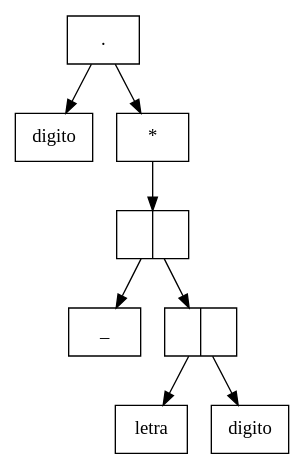
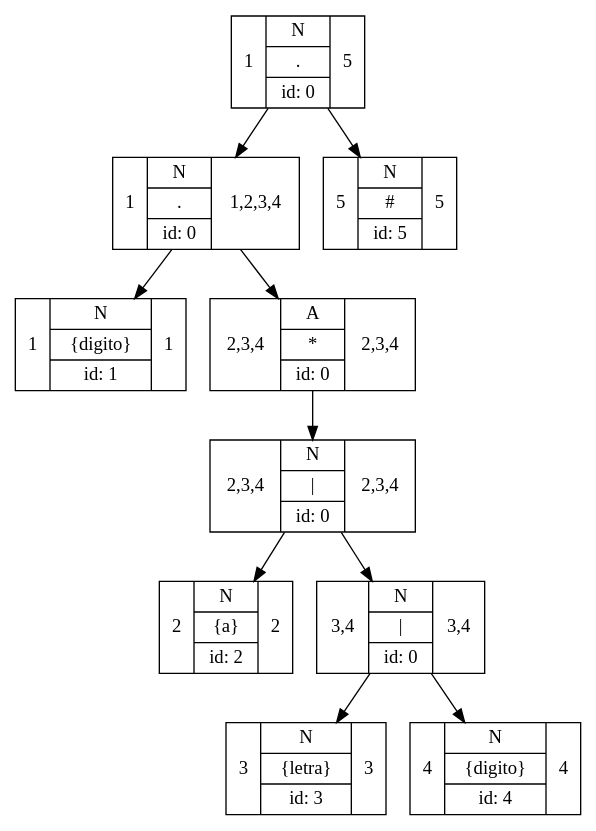
Before and after one commit to GAQF202/OLC1-PROYECTO1-201904157: the diagram in ExpresionRegular2.dot, drawn with Graphviz. The commit also changed 29 other files, not shown here.

```diff
--- a/ExpresionRegular2.dot
+++ b/ExpresionRegular2.dot
@@ -1,21 +1,25 @@
 digraph G{
 rankdir=UD
 node[shape=record]
 concentrate=true
-nodo21 [ label ="."];
-nodo14[label="{digito}"];
-nodo21->nodo14;
-nodo20 [ label ="*"];
-nodo19 [ label ="|"];
-nodo15[label="_"];
-nodo19->nodo15;
-nodo18 [ label ="|"];
-nodo16[label="{letra}"];
-nodo18->nodo16;
-nodo17[label="{digito}"];
-nodo18->nodo17;
-nodo19->nodo18;
-nodo20->nodo19;
-nodo21->nodo20;
+nodo0[label="1|{N|.|id: 0}|{5}"];
+nodo8[label="1|{N|.|id: 0}|{1,2,3,4}"];
+nodo1[label="1|{N|\{digito\}|id: 1}|{1}"];
+nodo8->nodo1;
+nodo7[label="2,3,4|{A|*|id: 0}|{2,3,4}"];
+nodo6[label="2,3,4|{N|\||id: 0}|{2,3,4}"];
+nodo2[label="2|{N|\{a\}|id: 2}|{2}"];
+nodo6->nodo2;
+nodo5[label="3,4|{N|\||id: 0}|{3,4}"];
+nodo3[label="3|{N|\{letra\}|id: 3}|{3}"];
+nodo5->nodo3;
+nodo4[label="4|{N|\{digito\}|id: 4}|{4}"];
+nodo5->nodo4;
+nodo6->nodo5;
+nodo7->nodo6;
+nodo8->nodo7;
+nodo0->nodo8;
+nodo9[label="5|{N|#|id: 5}|{5}"];
+nodo0->nodo9;
 
 }
```
